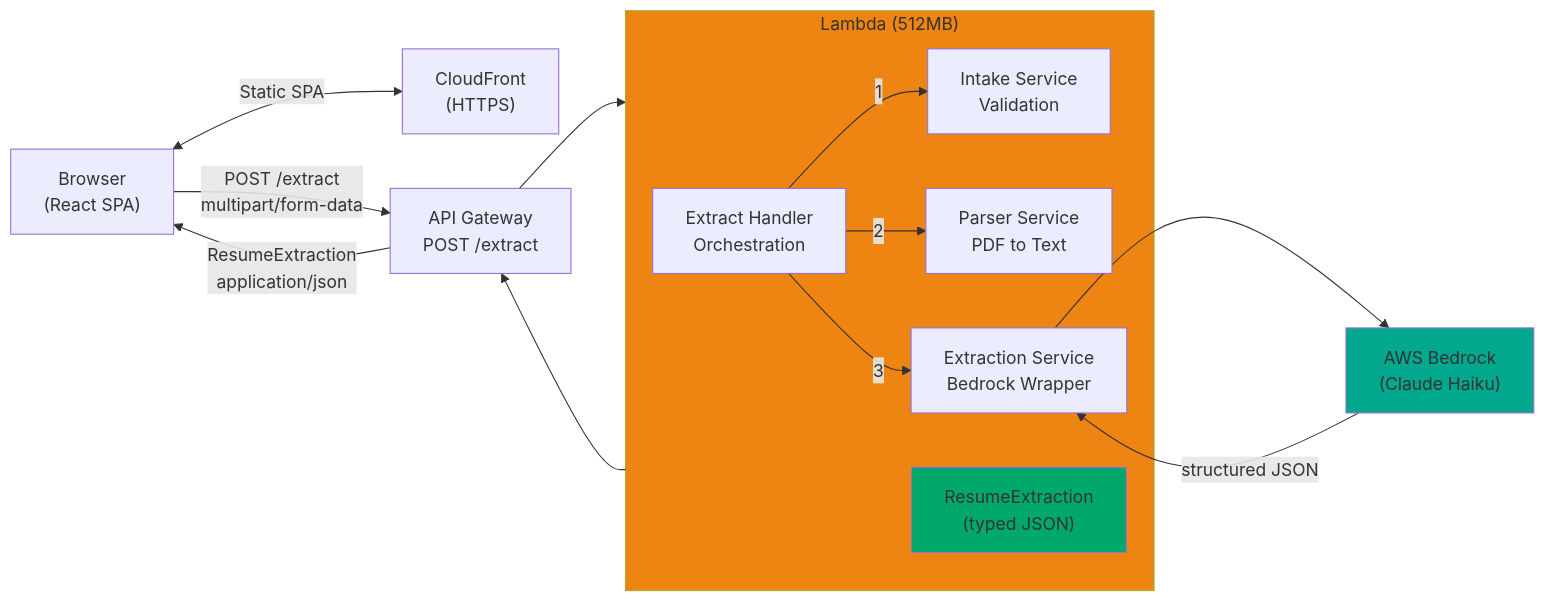
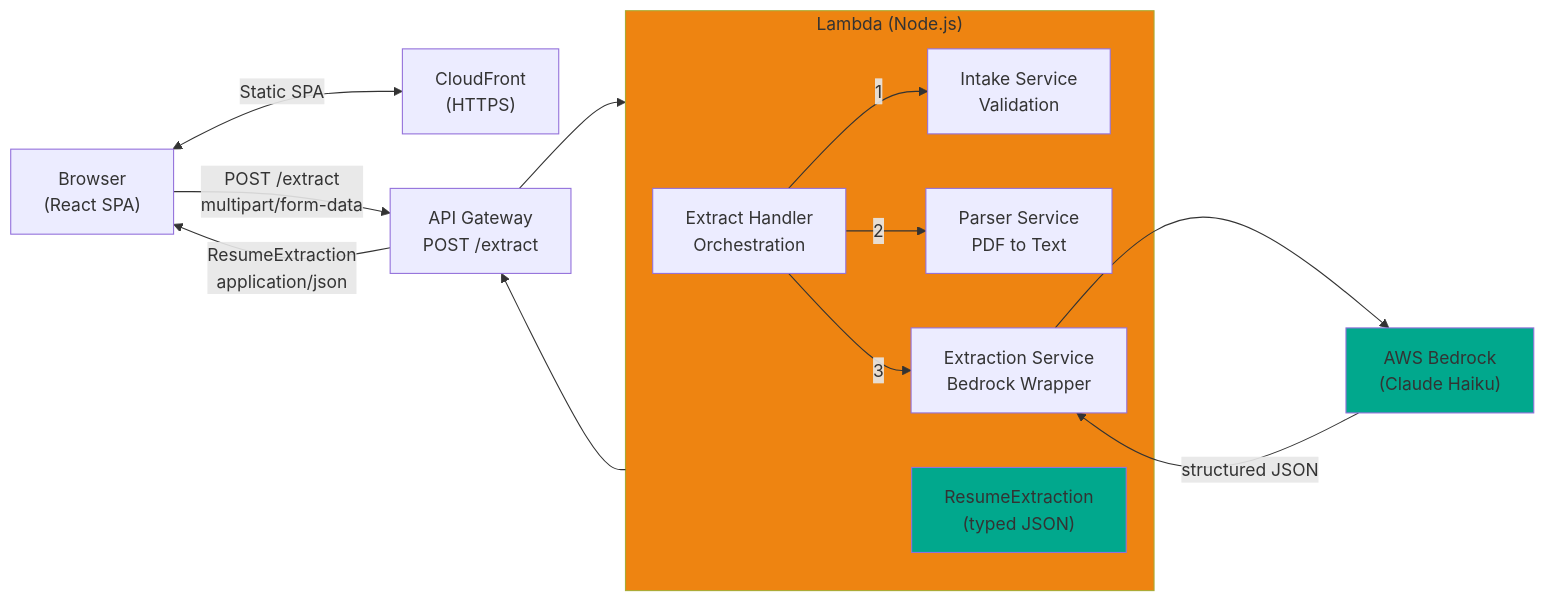
The diagram in README.md (mwarman/resume-lens), drawn with Mermaid before and after one commit.

Commit message:
docs: update architecture diagram in README.md to specify Lambda as Node.js and adjust Result style color

````diff
--- a/README.md
+++ b/README.md
@@ -28,30 +28,30 @@
 ```mermaid
 graph LR
     Browser["Browser<br/>(React SPA)"]
     CF["CloudFront<br/>(HTTPS)"]
     APIGW["API Gateway<br/>POST /extract"]
     Bedrock["AWS Bedrock<br/>(Claude Haiku)"]
 
-    subgraph Lambda["Lambda (512MB)"]
+    subgraph Lambda["Lambda (Node.js)"]
         Handler["Extract Handler<br/>Orchestration"]
         Intake["Intake Service<br/>Validation"]
         Parser["Parser Service<br/>PDF to Text"]
         Extraction["Extraction Service<br/>Bedrock Wrapper"]
         Result["ResumeExtraction<br/>(typed JSON)"]
     end
 
     Browser <-->|Static SPA| CF
     Browser -->|POST /extract<br/>multipart/form-data| APIGW
     APIGW --> Lambda
     Handler -->|1| Intake
     Handler -->|2| Parser
     Handler -->|3| Extraction
     Extraction --> Bedrock
     Bedrock -->|structured JSON| Extraction
     Lambda --> APIGW
     APIGW -->|ResumeExtraction<br/>application/json| Browser
 
     style Bedrock fill:#01a88d
     style Lambda fill:#ee8411
-    style Result fill:#00a86b
+    style Result fill:#01a88d
 ```
````
